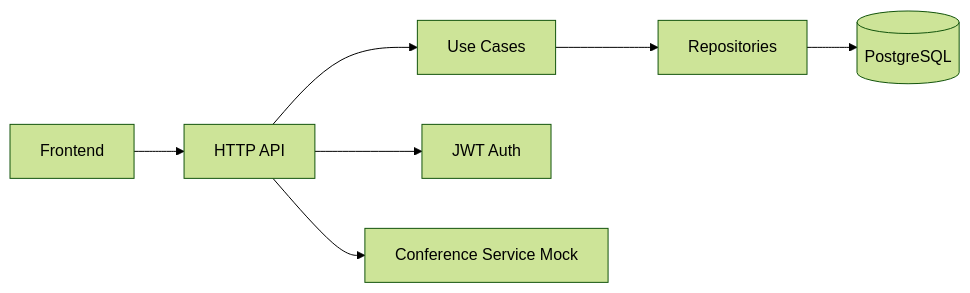
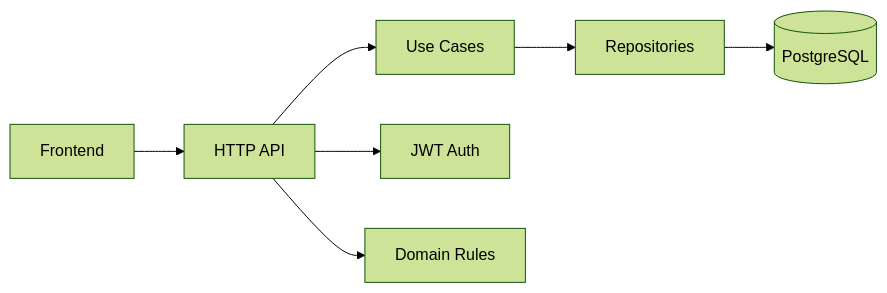
The diagram in README.md (maket12/meeting-rooms-api), drawn with Mermaid (forest theme) before and after one commit. The commit also changed other lines of this file and 4 other files, not shown here.

````diff
--- a/README.md
+++ b/README.md
@@ -61,9 +75,9 @@
 ```mermaid
 flowchart LR
     A[Frontend] --> B[HTTP API]
     B --> C[Use Cases]
     C --> D[Repositories]
     D --> E[(PostgreSQL)]
     B --> F[JWT Auth]
-    B --> G[Conference Service Mock]
+    B --> G[Domain Rules]
 ```
````
